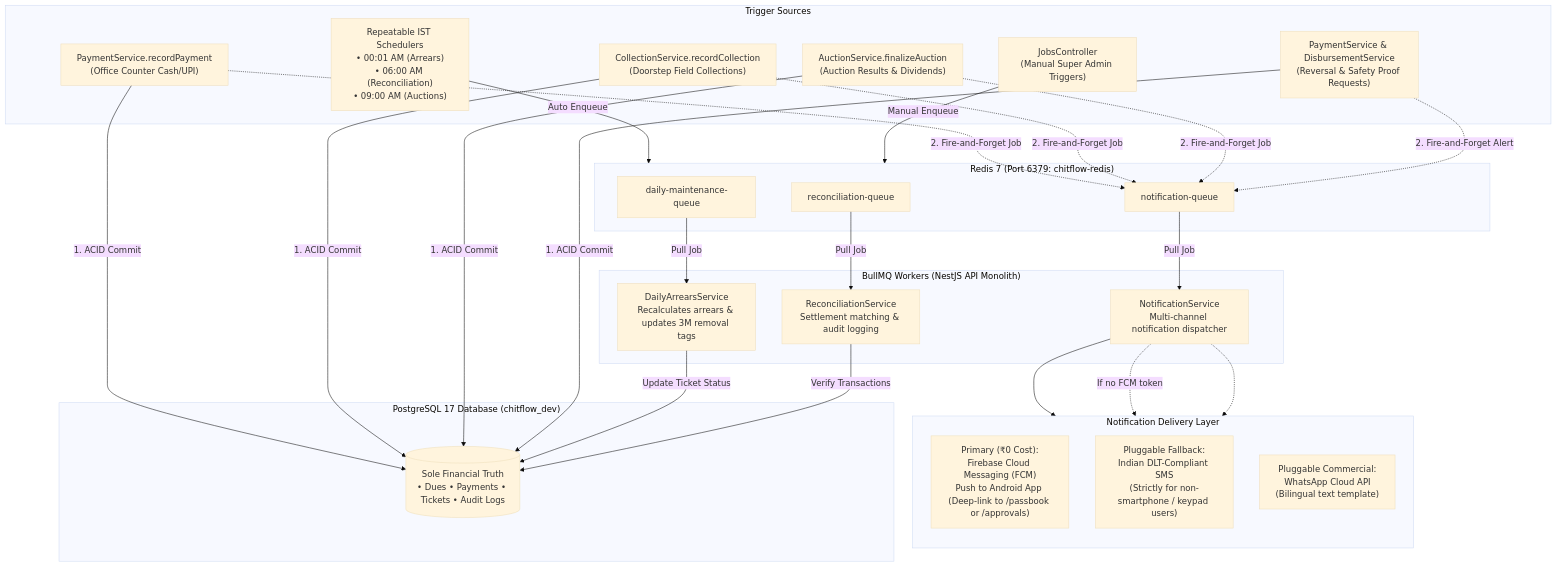
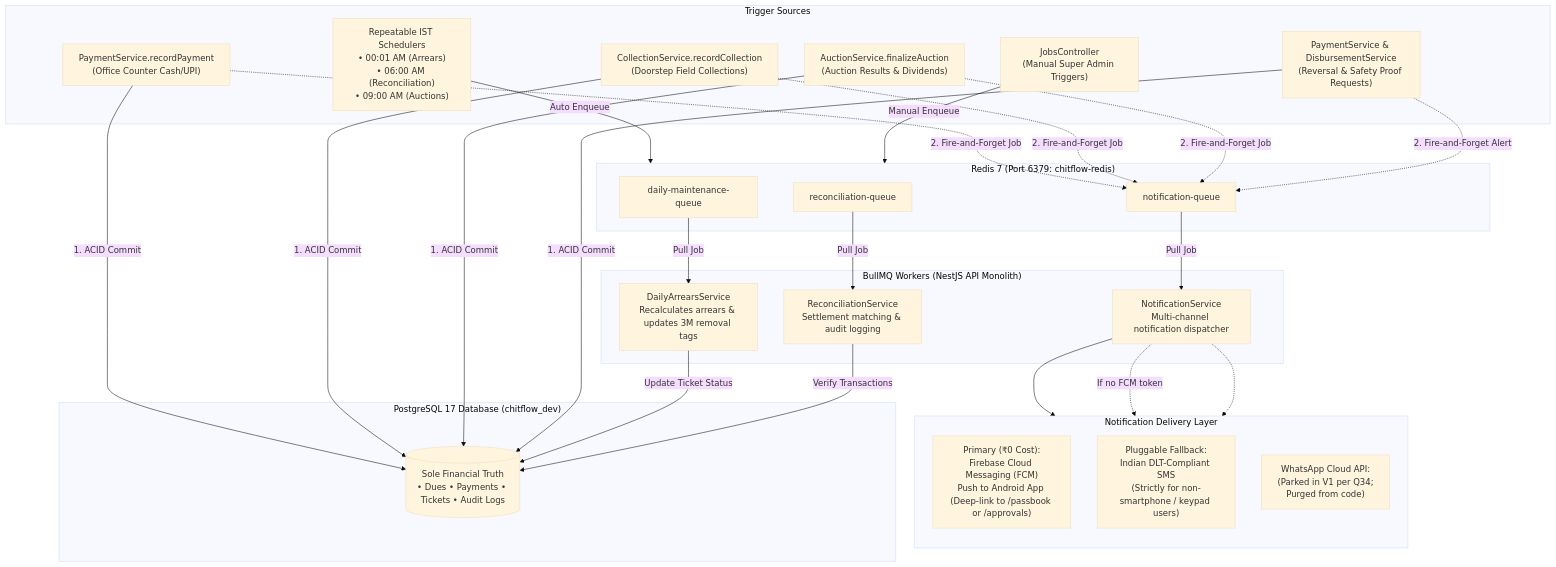
Before and after one commit to Kathir-24/Kumaran-finance: the first of 2 diagrams in docs/03-architecture/bullmq-architecture.md, drawn with Mermaid (base theme). The commit also changed other lines of this file and 25 other files, not shown here.

````diff
--- a/docs/03-architecture/bullmq-architecture.md
+++ b/docs/03-architecture/bullmq-architecture.md
@@ -29,55 +29,55 @@
 ```mermaid
 flowchart TD
     subgraph TRIGGERS ["Trigger Sources"]
         Cron["Repeatable IST Schedulers\n• 00:01 AM (Arrears)\n• 06:00 AM (Reconciliation)\n• 09:00 AM (Auctions)"]
         CounterPay["PaymentService.recordPayment\n(Office Counter Cash/UPI)"]
         FieldPay["CollectionService.recordCollection\n(Doorstep Field Collections)"]
         AuctionFinalize["AuctionService.finalizeAuction\n(Auction Results & Dividends)"]
         Approvals["PaymentService & DisbursementService\n(Reversal & Safety Proof Requests)"]
         AdminAPI["JobsController\n(Manual Super Admin Triggers)"]
     end
 
     subgraph REDIS_BROKER ["Redis 7 (Port 6379: chitflow-redis)"]
         Q1["daily-maintenance-queue"]
         Q2["reconciliation-queue"]
         Q3["notification-queue"]
     end
 
     subgraph WORKERS ["BullMQ Workers (NestJS API Monolith)"]
         W1["DailyArrearsService\nRecalculates arrears & updates 3M removal tags"]
         W2["ReconciliationService\nSettlement matching & audit logging"]
         W3["NotificationService\nMulti-channel notification dispatcher"]
     end
 
     subgraph CHANNELS ["Notification Delivery Layer"]
         direction TB
         FCM["Primary (₹0 Cost):\nFirebase Cloud Messaging (FCM)\nPush to Android App (Deep-link to /passbook or /approvals)"]
         SMS["Pluggable Fallback:\nIndian DLT-Compliant SMS\n(Strictly for non-smartphone / keypad users)"]
-        WA["Pluggable Commercial:\nWhatsApp Cloud API\n(Bilingual text template)"]
+        WA["WhatsApp Cloud API:\n(Parked in V1 per Q34;\nPurged from code)"]
     end
 
     subgraph PG_AUTHORITY ["PostgreSQL 17 Database (chitflow_dev)"]
         PG[("Sole Financial Truth\n• Dues • Payments • Tickets • Audit Logs")]
     end
 
     Cron -->|Auto Enqueue| REDIS_BROKER
     CounterPay -->|1. ACID Commit| PG
     CounterPay -.->|2. Fire-and-Forget Job| Q3
     FieldPay -->|1. ACID Commit| PG
     FieldPay -.->|2. Fire-and-Forget Job| Q3
     AuctionFinalize -->|1. ACID Commit| PG
     AuctionFinalize -.->|2. Fire-and-Forget Job| Q3
     Approvals -->|1. ACID Commit| PG
     Approvals -.->|2. Fire-and-Forget Alert| Q3
     AdminAPI -->|Manual Enqueue| REDIS_BROKER
 
     Q1 -->|Pull Job| W1
     Q2 -->|Pull Job| W2
     Q3 -->|Pull Job| W3
 
     W1 -->|Update Ticket Status| PG
     W2 -->|Verify Transactions| PG
     W3 --> FCM
     W3 -.->|If no FCM token| SMS
     W3 -.-> WA
 ```
````
